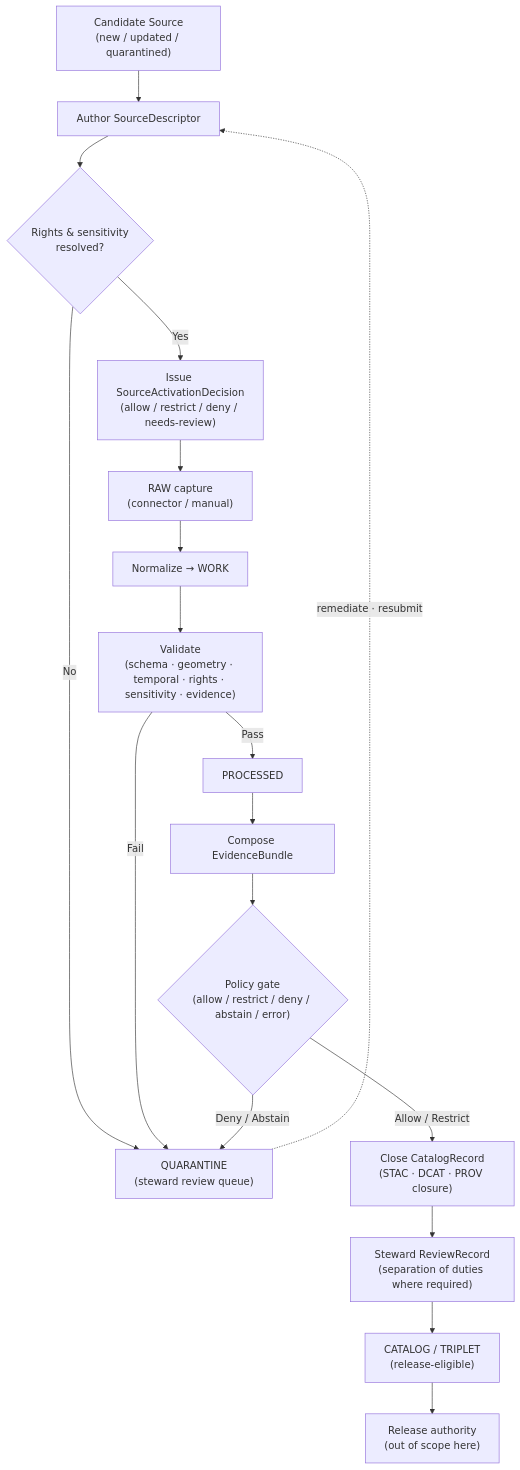
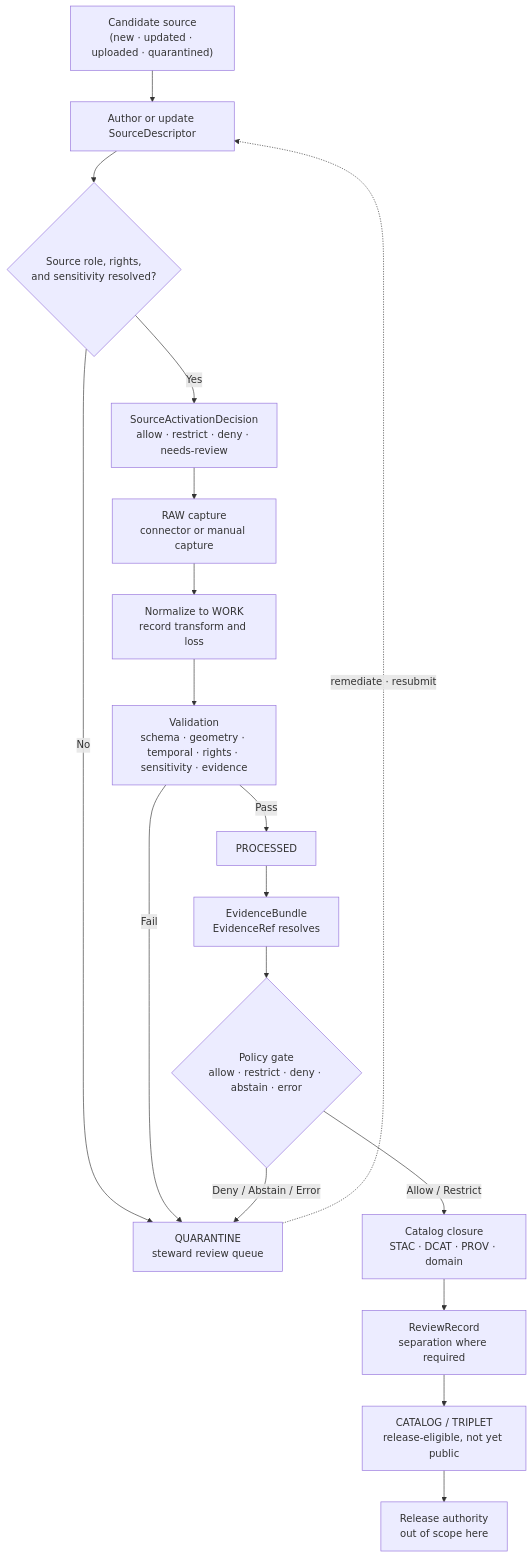
The diagram in docs/sources/catalog/manual_curation/README.md (bartytime4life/Kansas-Frontier-Matrix), drawn with Mermaid before and after one commit. The commit also changed other lines of this file, not shown here.

````diff
--- a/docs/sources/catalog/manual_curation/README.md
+++ b/docs/sources/catalog/manual_curation/README.md
@@ -264,21 +276,21 @@
 ```mermaid
 flowchart TD
-    A["Candidate Source<br/>(new / updated / quarantined)"] --> B["Author SourceDescriptor"]
-    B --> C{"Rights & sensitivity<br/>resolved?"}
-    C -- "No" --> Q["QUARANTINE<br/>(steward review queue)"]
-    C -- "Yes" --> D["Issue SourceActivationDecision<br/>(allow / restrict / deny / needs-review)"]
-    D --> E["RAW capture<br/>(connector / manual)"]
-    E --> F["Normalize → WORK"]
-    F --> G["Validate<br/>(schema · geometry · temporal · rights · sensitivity · evidence)"]
+    A["Candidate source<br/>(new · updated · uploaded · quarantined)"] --> B["Author or update SourceDescriptor"]
+    B --> C{"Source role, rights,<br/>and sensitivity resolved?"}
+    C -- "No" --> Q["QUARANTINE<br/>steward review queue"]
+    C -- "Yes" --> D["SourceActivationDecision<br/>allow · restrict · deny · needs-review"]
+    D --> E["RAW capture<br/>connector or manual capture"]
+    E --> F["Normalize to WORK<br/>record transform and loss"]
+    F --> G["Validation<br/>schema · geometry · temporal · rights · sensitivity · evidence"]
     G -- "Fail" --> Q
     G -- "Pass" --> H["PROCESSED"]
-    H --> I["Compose EvidenceBundle"]
-    I --> J{"Policy gate<br/>(allow / restrict / deny / abstain / error)"}
-    J -- "Deny / Abstain" --> Q
-    J -- "Allow / Restrict" --> K["Close CatalogRecord<br/>(STAC · DCAT · PROV closure)"]
-    K --> L["Steward ReviewRecord<br/>(separation of duties where required)"]
-    L --> M["CATALOG / TRIPLET<br/>(release-eligible)"]
-    M --> N["Release authority<br/>(out of scope here)"]
+    H --> I["EvidenceBundle<br/>EvidenceRef resolves"]
+    I --> J{"Policy gate<br/>allow · restrict · deny · abstain · error"}
+    J -- "Deny / Abstain / Error" --> Q
+    J -- "Allow / Restrict" --> K["Catalog closure<br/>STAC · DCAT · PROV · domain"]
+    K --> L["ReviewRecord<br/>separation where required"]
+    L --> M["CATALOG / TRIPLET<br/>release-eligible, not yet public"]
+    M --> N["Release authority<br/>out of scope here"]
 
     Q -. "remediate · resubmit" .-> B
 ```
````
